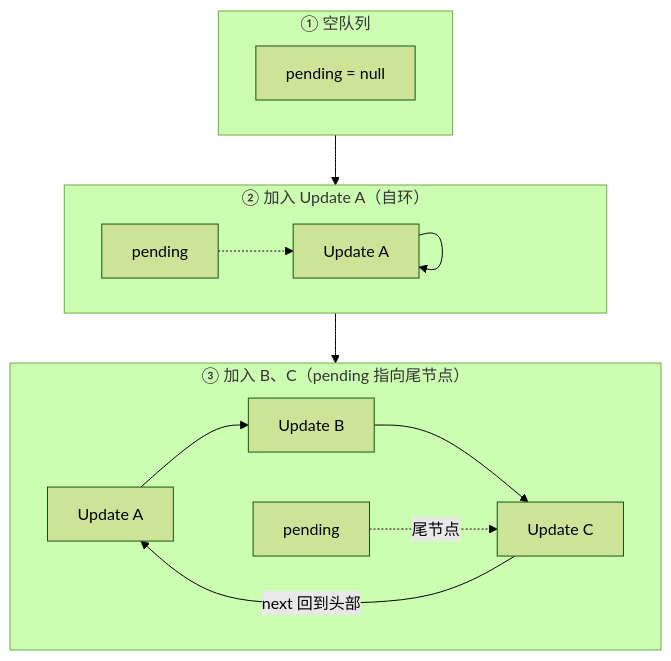
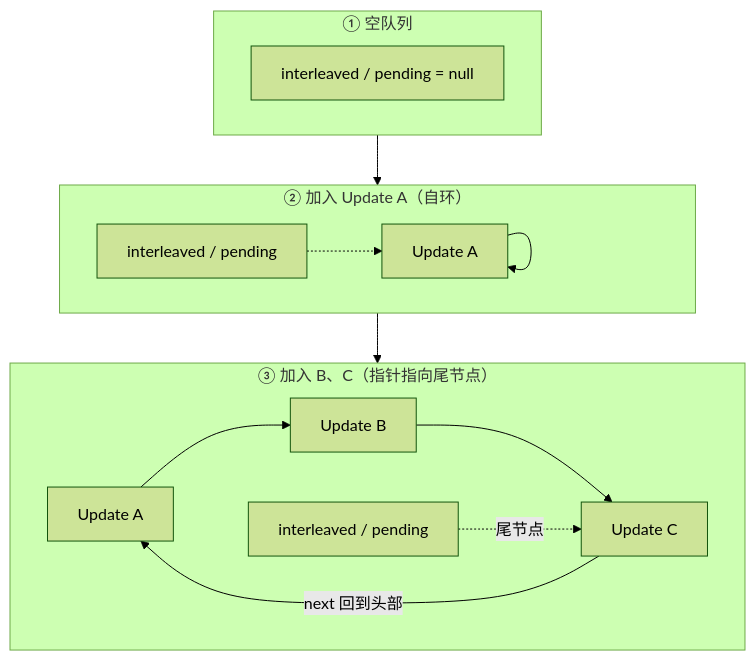
Before and after one commit to sentibeitaokong/CoreFront-EndConcepts: the second of 2 diagrams in apps/docs/frameworks/react/advanced/core-design/updateBatching.md, drawn with Mermaid (forest theme). The commit also changed other lines of this file and 15 other files, not shown here.

````diff
--- a/apps/docs/frameworks/react/advanced/core-design/updateBatching.md
+++ b/apps/docs/frameworks/react/advanced/core-design/updateBatching.md
@@ -182,20 +177,20 @@
 ```mermaid
 flowchart TB
     subgraph s1["① 空队列"]
-        E["pending = null"]
+        E["interleaved / pending = null"]
     end
 
     subgraph s2["② 加入 Update A（自环）"]
         A["Update A"]
         A --> A
-        P2["pending"] -.-> A
+        P2["interleaved / pending"] -.-> A
     end
 
-    subgraph s3["③ 加入 B、C（pending 指向尾节点）"]
+    subgraph s3["③ 加入 B、C（指针指向尾节点）"]
         A2["Update A"] --> B["Update B"] --> C["Update C"]
         C -->|"next 回到头部"| A2
-        P3["pending"] -.->|"尾节点"| C
+        P3["interleaved / pending"] -.->|"尾节点"| C
     end
 
     s1 --> s2 --> s3
 ```
````
